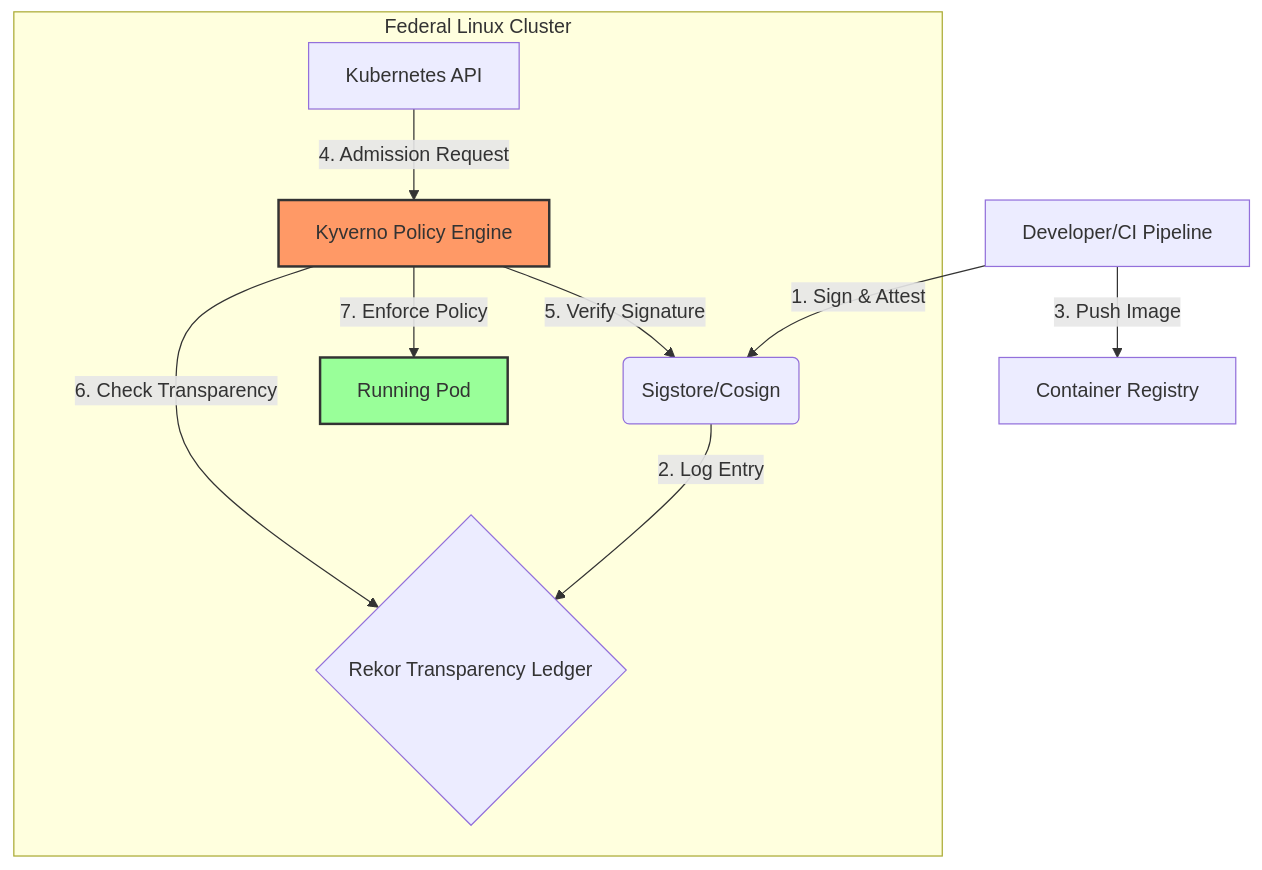
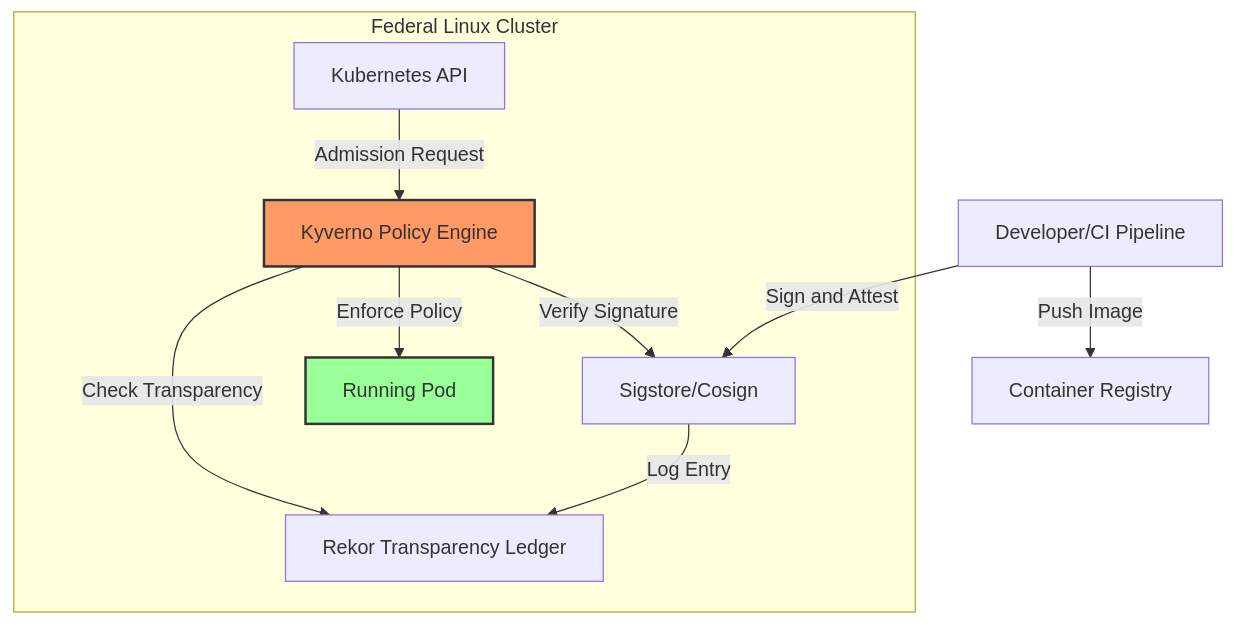
Before and after one commit to saisravan909/fed-sigstore-blueprint-zero-trust-linux: the diagram in index.md, drawn with Mermaid.

````diff
--- a/index.md
+++ b/index.md
@@ -33,16 +33,16 @@
 ```mermaid
 graph TD
-    A[Developer/CI Pipeline] -->|1. Sign & Attest| B(Sigstore/Cosign)
-    B -->|2. Log Entry| C{Rekor Transparency Ledger}
-    A -->|3. Push Image| D[Container Registry]
-    
+    A[Developer/CI Pipeline] -->|Sign and Attest| B[Sigstore/Cosign]
+    B -->|Log Entry| C[Rekor Transparency Ledger]
+    A -->|Push Image| D[Container Registry]
+
     subgraph "Federal Linux Cluster"
-    E[Kubernetes API] -->|4. Admission Request| F[Kyverno Policy Engine]
-    F -->|5. Verify Signature| B
-    F -->|6. Check Transparency| C
-    F -->|7. Enforce Policy| G[Running Pod]
+    E[Kubernetes API] -->|Admission Request| F[Kyverno Policy Engine]
+    F -->|Verify Signature| B
+    F -->|Check Transparency| C
+    F -->|Enforce Policy| G[Running Pod]
     end
 
     style G fill:#9f9,stroke:#333,stroke-width:2px
     style F fill:#f96,stroke:#333,stroke-width:2px
 ```
````
